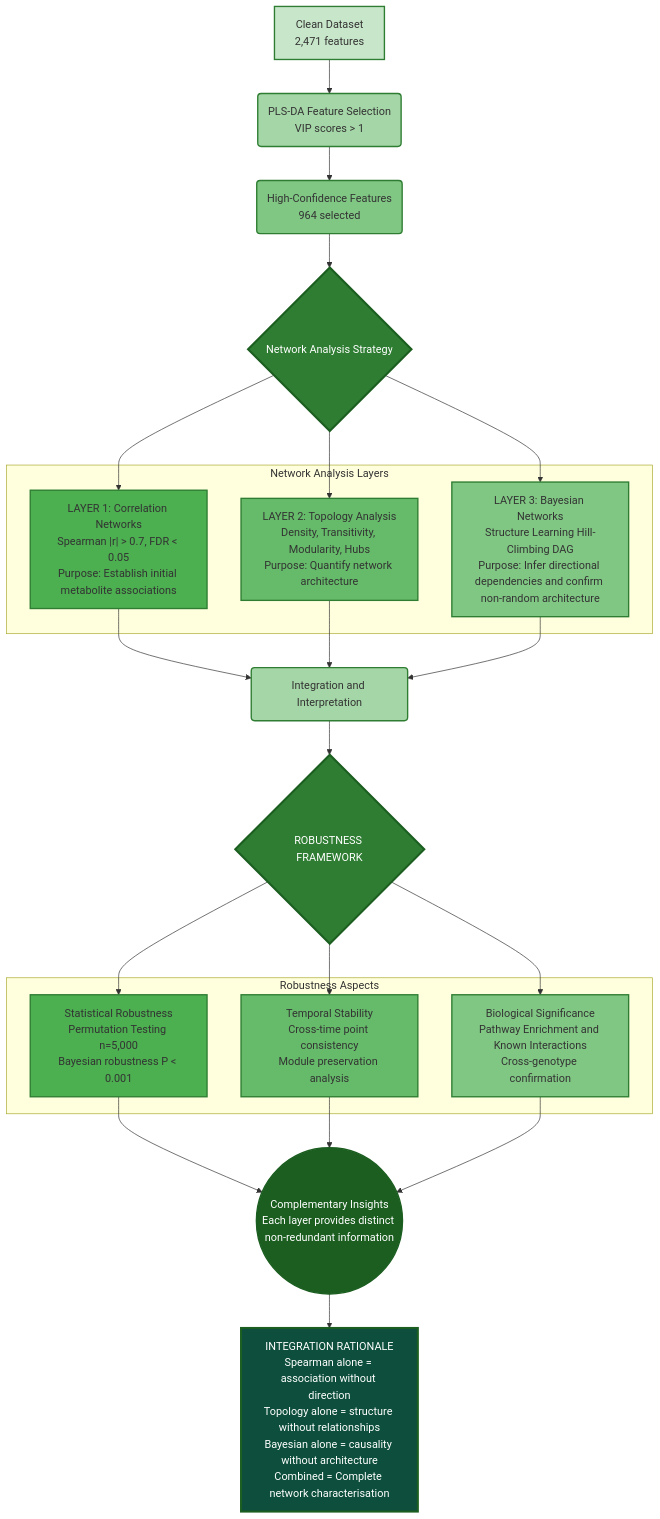
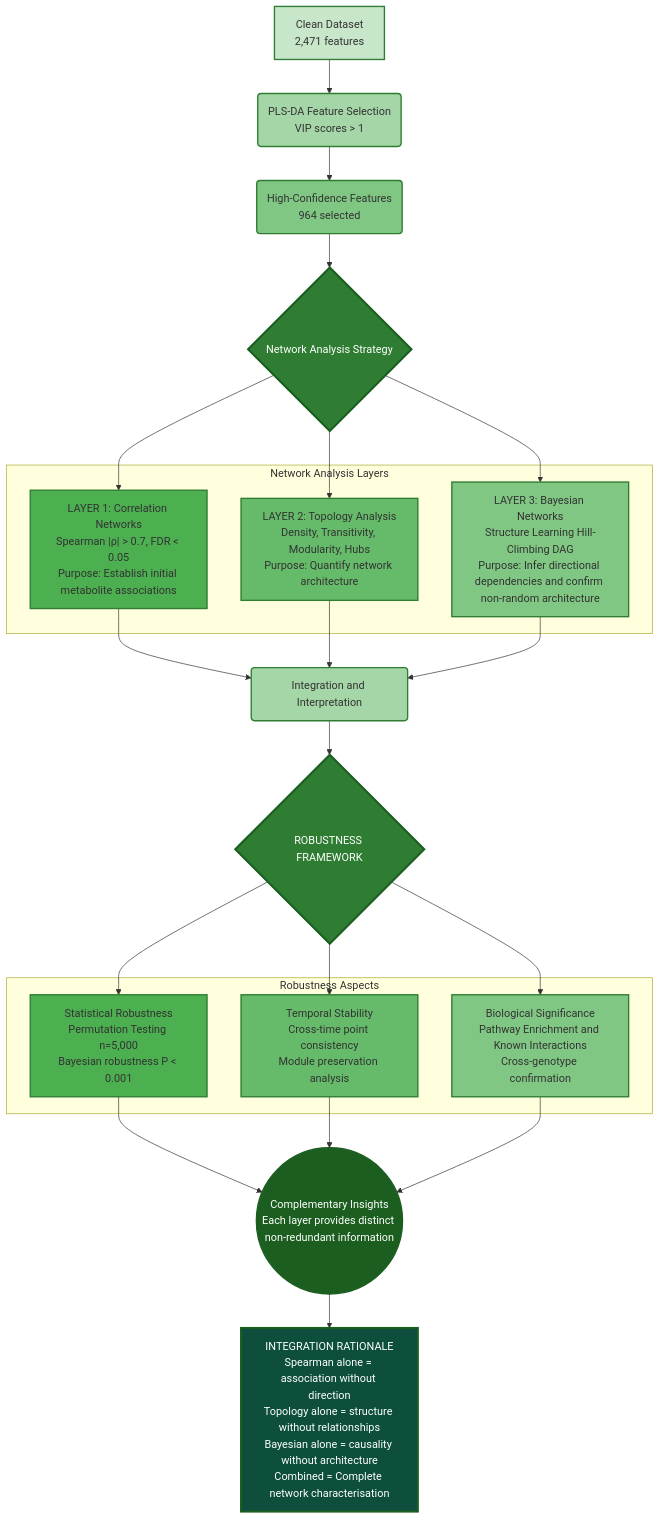
Before and after one commit to shoaibms/metabo: the first of 2 diagrams in README.md, drawn with Mermaid. The commit also changed other lines of this file, not shown here.

````diff
--- a/README.md
+++ b/README.md
@@ -17,58 +17,58 @@
 ```mermaid
 graph TD
     A["Clean Dataset<br/>2,471 features"] --> B("PLS-DA Feature Selection<br/>VIP scores > 1")
     B --> C("High-Confidence Features<br/>964 selected")
     
     C --> D{"Network Analysis Strategy"}
     
     D --> E
     D --> F
     D --> G
 
     subgraph AnalysisLayers ["Network Analysis Layers"]
-        E["LAYER 1: Correlation Networks<br/>Spearman |r| > 0.7, FDR < 0.05<br/>Purpose: Establish initial metabolite associations"]
+        E["LAYER 1: Correlation Networks<br/>Spearman |ρ| > 0.7, FDR < 0.05<br/>Purpose: Establish initial metabolite associations"]
         F["LAYER 2: Topology Analysis<br/>Density, Transitivity, Modularity, Hubs<br/>Purpose: Quantify network architecture"]
         G["LAYER 3: Bayesian Networks<br/>Structure Learning Hill-Climbing DAG<br/>Purpose: Infer directional dependencies and confirm non-random architecture"]
     end
     
     E --> H("Integration and Interpretation")
     F --> H
     G --> H
     
     H --> I{"ROBUSTNESS FRAMEWORK"}
     
     I --> I1
     I --> I2
     I --> I3
 
     subgraph ValidationAspects ["Robustness Aspects"]
         I1["Statistical Robustness<br/>Permutation Testing n=5,000<br/>Bayesian robustness P < 0.001"]
         I2["Temporal Stability<br/>Cross-time point consistency<br/>Module preservation analysis"]
         I3["Biological Significance<br/>Pathway Enrichment and Known Interactions<br/>Cross-genotype confirmation"]
     end
     
     I1 --> J(("Complementary Insights<br/>Each layer provides distinct non-redundant information"))
     I2 --> J
     I3 --> J
     
     J --> K["INTEGRATION RATIONALE<br/>Spearman alone = association without direction<br/>Topology alone = structure without relationships<br/>Bayesian alone = causality without architecture<br/>Combined = Complete network characterisation"]
 
     style A fill:#c8e6c9,stroke:#2e7d32,stroke-width:2px
     style B fill:#a5d6a7,stroke:#2e7d32,stroke-width:2px
     style C fill:#81c784,stroke:#2e7d32,stroke-width:2px
     style D fill:#2e7d32,stroke:#1b5e20,stroke-width:3px,color:#fff
     
     style E fill:#4caf50,stroke:#2e7d32,stroke-width:2px
     style F fill:#66bb6a,stroke:#2e7d32,stroke-width:2px
     style G fill:#81c784,stroke:#2e7d32,stroke-width:2px
     
     style H fill:#a5d6a7,stroke:#2e7d32,stroke-width:2px
     style I fill:#2e7d32,stroke:#1b5e20,stroke-width:3px,color:#fff
     
     style I1 fill:#4caf50,stroke:#2e7d32,stroke-width:2px
     style I2 fill:#66bb6a,stroke:#2e7d32,stroke-width:2px
     style I3 fill:#81c784,stroke:#2e7d32,stroke-width:2px
     
     style J fill:#1b5e20,stroke:#1b5e20,stroke-width:2px,color:#fff
     style K fill:#0d4f3c,stroke:#1b5e20,stroke-width:3px,color:#fff
 ```
````
